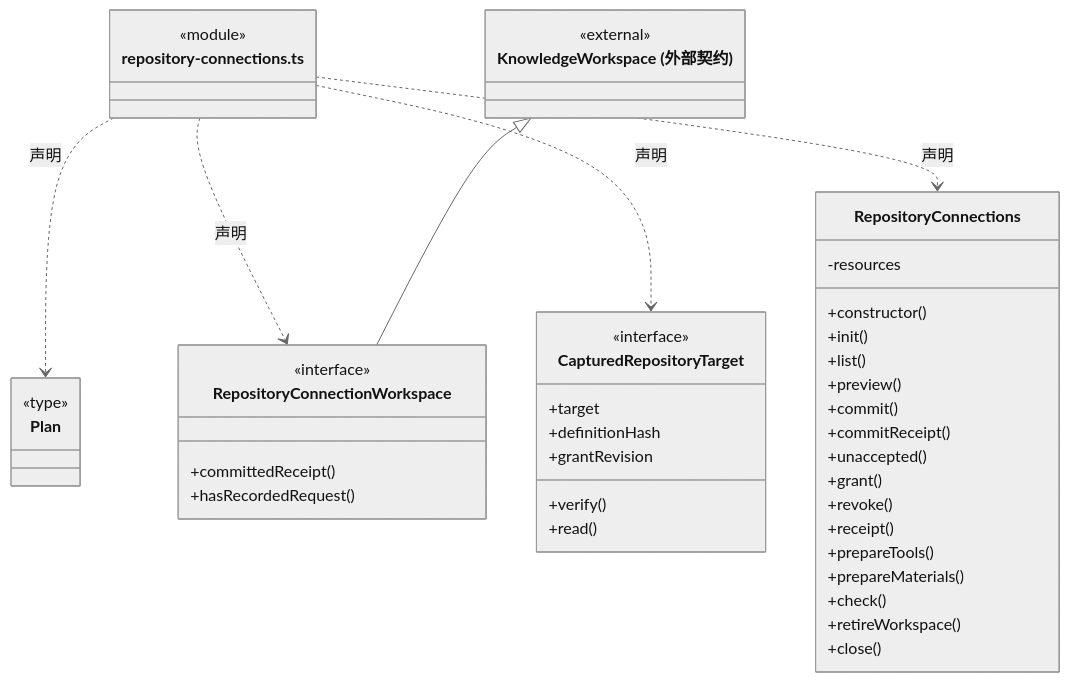
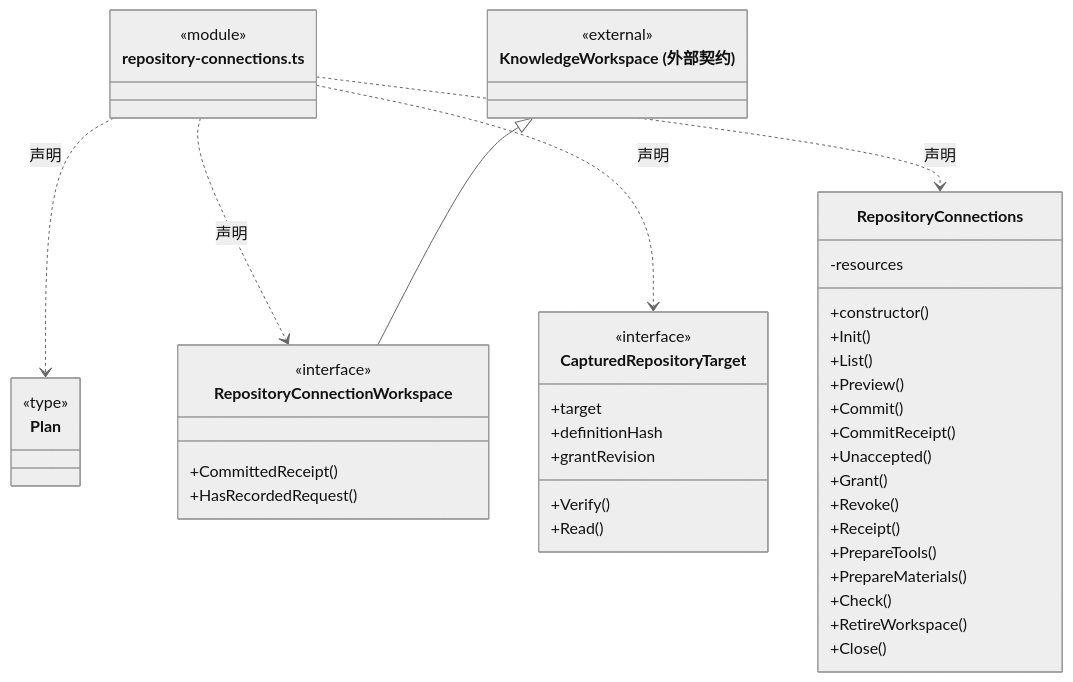
The second of 5 diagrams in src/logic/connectors/service/ARCHITECTURE.md (nan023062/cbim), drawn with Mermaid (neutral theme) before and after one commit. The commit also changed other lines of this file and 1035 other files, not shown here.

````diff
--- a/src/logic/connectors/service/ARCHITECTURE.md
+++ b/src/logic/connectors/service/ARCHITECTURE.md
@@ -55,49 +55,49 @@
 ```mermaid
 classDiagram
 class N_src_logic_connectors_service_repository_connections_ts["repository-connections.ts"] {
   <<module>>
 }
 class N_src_logic_connectors_service_repository_connections_ts_Plan["Plan"] {
   <<type>>
 
 }
 N_src_logic_connectors_service_repository_connections_ts ..> N_src_logic_connectors_service_repository_connections_ts_Plan : 声明
 class N_src_logic_connectors_service_repository_connections_ts_RepositoryConnectionWorkspace["RepositoryConnectionWorkspace"] {
   <<interface>>
-  +committedReceipt()
-  +hasRecordedRequest()
+  +CommittedReceipt()
+  +HasRecordedRequest()
 }
 N_src_logic_connectors_service_repository_connections_ts ..> N_src_logic_connectors_service_repository_connections_ts_RepositoryConnectionWorkspace : 声明
 class N_src_logic_connectors_service_repository_connections_ts_external_KnowledgeWorkspace["KnowledgeWorkspace (外部契约)"] {
   <<external>>
 }
 N_src_logic_connectors_service_repository_connections_ts_external_KnowledgeWorkspace <|-- N_src_logic_connectors_service_repository_connections_ts_RepositoryConnectionWorkspace
 class N_src_logic_connectors_service_repository_connections_ts_CapturedRepositoryTarget["CapturedRepositoryTarget"] {
   <<interface>>
   +target
   +definitionHash
   +grantRevision
-  +verify()
-  +read()
+  +Verify()
+  +Read()
 }
 N_src_logic_connectors_service_repository_connections_ts ..> N_src_logic_connectors_service_repository_connections_ts_CapturedRepositoryTarget : 声明
 class N_src_logic_connectors_service_repository_connections_ts_RepositoryConnections["RepositoryConnections"] {
   +constructor()
-  +init()
-  +list()
-  +preview()
-  +commit()
-  +commitReceipt()
-  +unaccepted()
-  +grant()
-  +revoke()
-  +receipt()
-  +prepareTools()
-  +prepareMaterials()
-  +check()
-  +retireWorkspace()
-  +close()
+  +Init()
+  +List()
+  +Preview()
+  +Commit()
+  +CommitReceipt()
+  +Unaccepted()
+  +Grant()
+  +Revoke()
+  +Receipt()
+  +PrepareTools()
+  +PrepareMaterials()
+  +Check()
+  +RetireWorkspace()
+  +Close()
   -resources
 }
 N_src_logic_connectors_service_repository_connections_ts ..> N_src_logic_connectors_service_repository_connections_ts_RepositoryConnections : 声明
 ```
````
